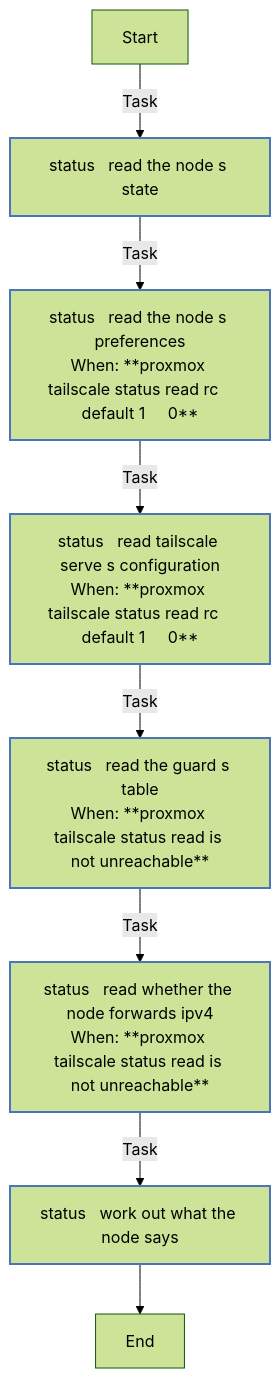
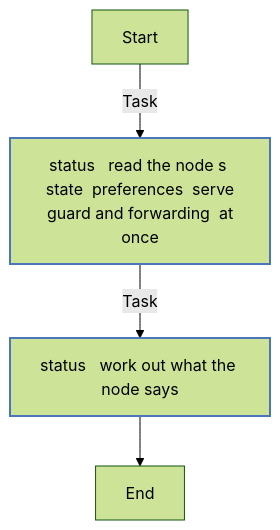
One commit to kawadeomkar/homeserver changed the sixth of 6 diagrams in roles/proxmox_tailscale/REFERENCE.md. Above: the diagram before and after it, drawn with Mermaid (forest theme). The commit also changed other lines of this file and 20 other files, not shown here.

````diff
--- a/roles/proxmox_tailscale/REFERENCE.md
+++ b/roles/proxmox_tailscale/REFERENCE.md
@@ -524,20 +520,16 @@
 ```mermaid
 flowchart TD
 Start
 classDef block stroke:#3498db,stroke-width:2px;
 classDef task stroke:#4b76bb,stroke-width:2px;
 classDef includeTasks stroke:#16a085,stroke-width:2px;
 classDef importTasks stroke:#34495e,stroke-width:2px;
 classDef includeRole stroke:#2980b9,stroke-width:2px;
 classDef importRole stroke:#699ba7,stroke-width:2px;
 classDef includeVars stroke:#8e44ad,stroke-width:2px;
 classDef rescue stroke:#665352,stroke-width:2px;
 
-  Start-->|Task| status___Read_the_node_s_state0[status   read the node s state]:::task
-  status___Read_the_node_s_state0-->|Task| status___Read_the_node_s_preferences1[status   read the node s preferences<br>When: **proxmox tailscale status read rc   default 1     0**]:::task
-  status___Read_the_node_s_preferences1-->|Task| status___Read_Tailscale_Serve_s_configuration2[status   read tailscale serve s configuration<br>When: **proxmox tailscale status read rc   default 1     0**]:::task
-  status___Read_Tailscale_Serve_s_configuration2-->|Task| status___Read_the_guard_s_table3[status   read the guard s table<br>When: **proxmox tailscale status read is not unreachable**]:::task
-  status___Read_the_guard_s_table3-->|Task| status___Read_whether_the_node_forwards_IPv44[status   read whether the node forwards ipv4<br>When: **proxmox tailscale status read is not unreachable**]:::task
-  status___Read_whether_the_node_forwards_IPv44-->|Task| status___Work_out_what_the_node_says5[status   work out what the node says]:::task
-  status___Work_out_what_the_node_says5-->End
+  Start-->|Task| status___Read_the_node_s_state__preferences__Serve__guard_and_forwarding__at_once0[status   read the node s state  preferences  serve<br> guard and forwarding  at once]:::task
+  status___Read_the_node_s_state__preferences__Serve__guard_and_forwarding__at_once0-->|Task| status___Work_out_what_the_node_says1[status   work out what the node says]:::task
+  status___Work_out_what_the_node_says1-->End
 ```
````
